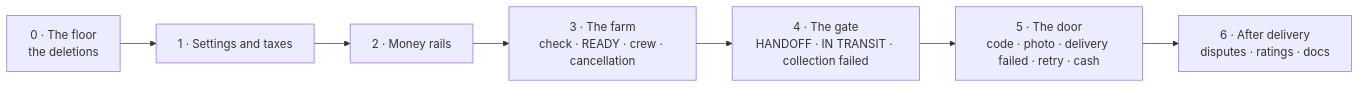
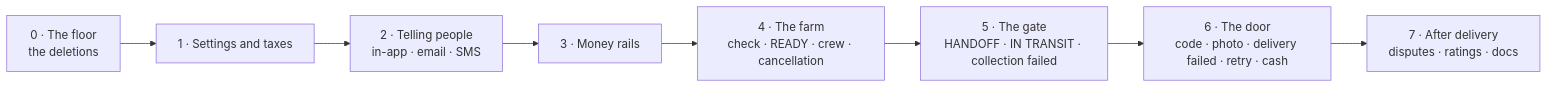
Before and after one commit to cropdoor/cropdoor-almanac: the diagram in docs/domain/order-delivery-flow-v2-build-order.md, drawn with Mermaid. The commit also changed other lines of this file and 2 other files, not shown here.

````diff
--- a/docs/domain/order-delivery-flow-v2-build-order.md
+++ b/docs/domain/order-delivery-flow-v2-build-order.md
@@ -15,9 +15,10 @@
 ```mermaid
 flowchart LR
     S0[0 · The floor<br/>the deletions] --> S1[1 · Settings and taxes]
-    S1 --> S2[2 · Money rails]
-    S2 --> S3[3 · The farm<br/>check · READY · crew · cancellation]
-    S3 --> S4[4 · The gate<br/>HANDOFF · IN TRANSIT · collection failed]
-    S4 --> S5[5 · The door<br/>code · photo · delivery failed · retry · cash]
-    S5 --> S6[6 · After delivery<br/>disputes · ratings · docs]
+    S1 --> S2[2 · Telling people<br/>in-app · email · SMS]
+    S2 --> S3[3 · Money rails]
+    S3 --> S4[4 · The farm<br/>check · READY · crew · cancellation]
+    S4 --> S5[5 · The gate<br/>HANDOFF · IN TRANSIT · collection failed]
+    S5 --> S6[6 · The door<br/>code · photo · delivery failed · retry · cash]
+    S6 --> S7[7 · After delivery<br/>disputes · ratings · docs]
 ```
````
